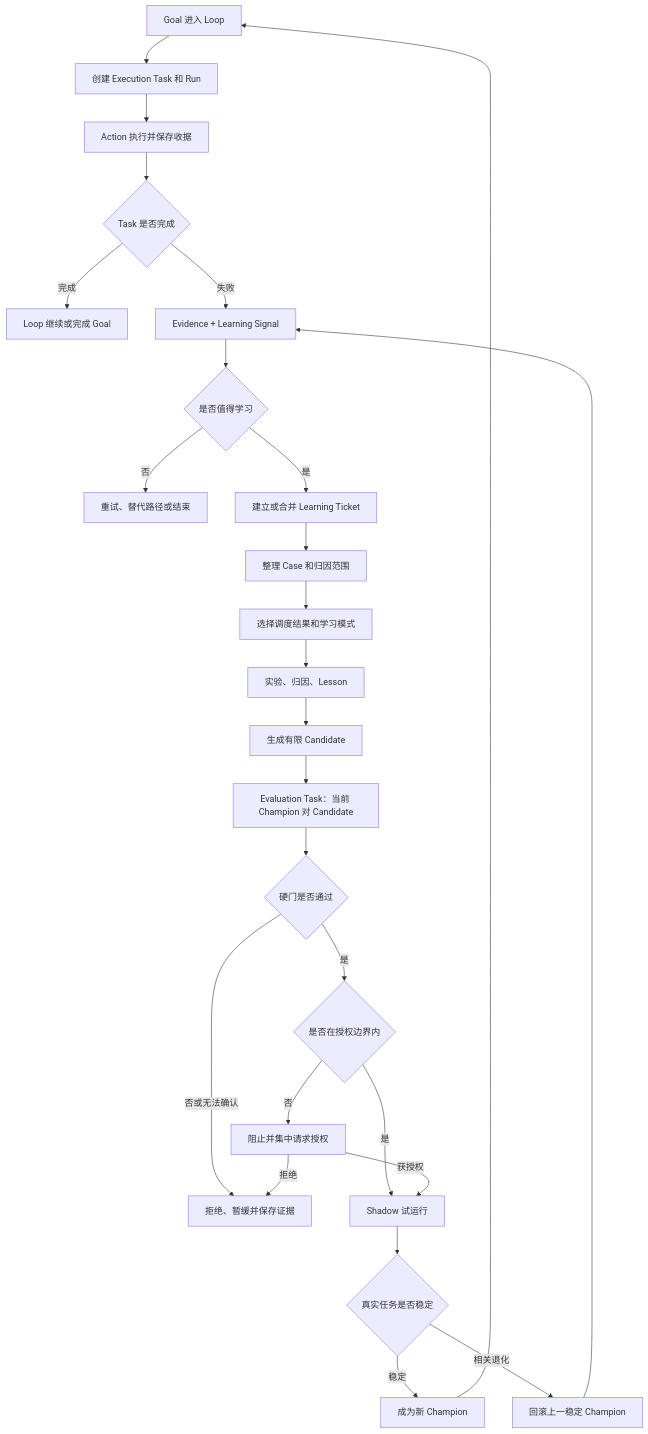
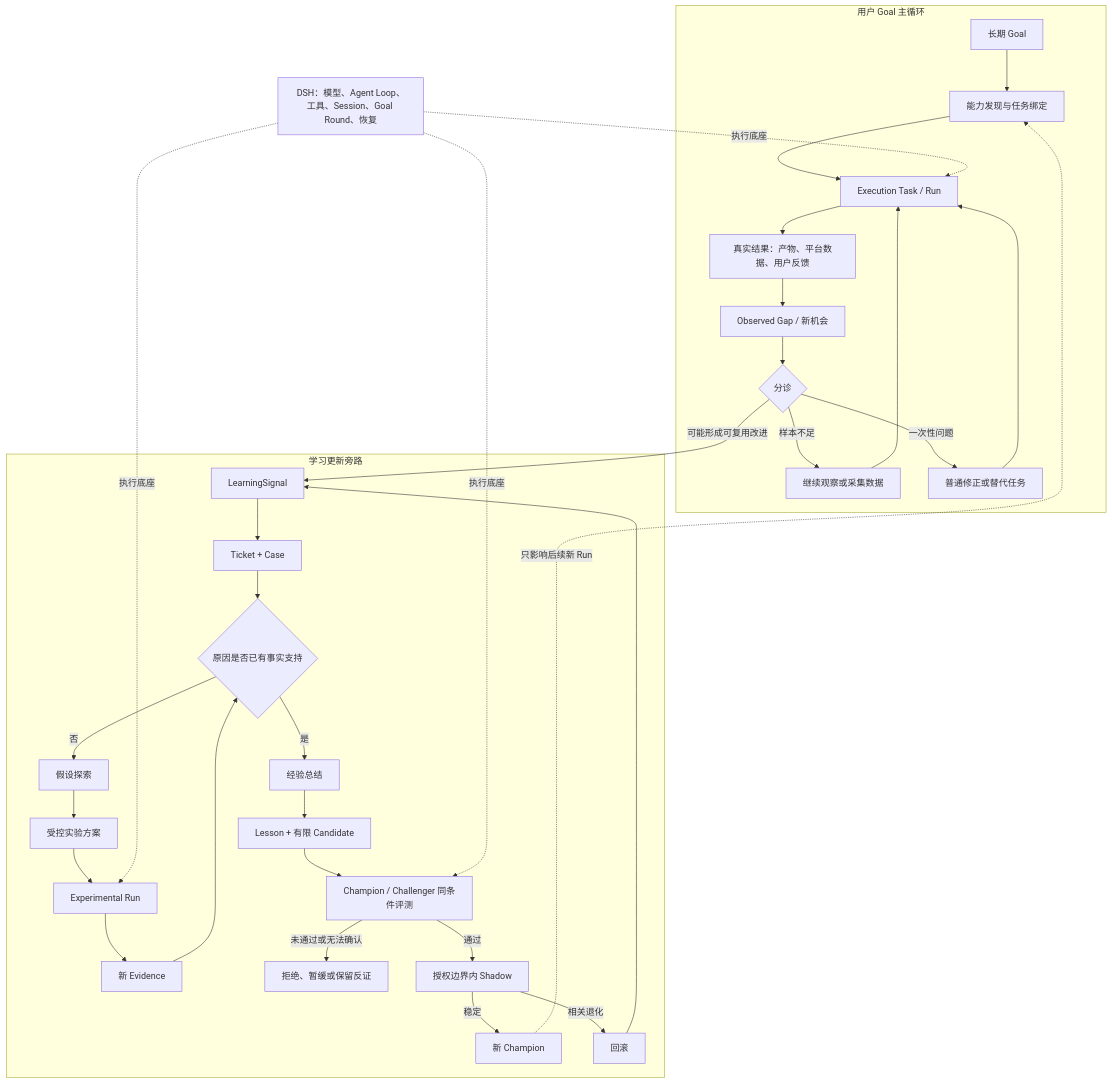
The diagram in docs/superpowers/specs/2026-08-17-tianwen-continuous-learning-governance-design.md (daydreamer0213/Tian-wen), drawn with Mermaid before and after one commit. The commit also changed other lines of this file and 1 other file, not shown here.

Commit message:
docs: refine continual learning experiment flow

````diff
--- a/docs/superpowers/specs/2026-08-17-tianwen-continuous-learning-governance-design.md
+++ b/docs/superpowers/specs/2026-08-17-tianwen-continuous-learning-governance-design.md
@@ -95,28 +114,41 @@
 ```mermaid
-flowchart TD
-    A["Goal 进入 Loop"] --> B["创建 Execution Task 和 Run"]
-    B --> C["Action 执行并保存收据"]
-    C --> D{"Task 是否完成"}
-    D -- "完成" --> E["Loop 继续或完成 Goal"]
-    D -- "失败" --> F["Evidence + Learning Signal"]
-    F --> G{"是否值得学习"}
-    G -- "否" --> H["重试、替代路径或结束"]
-    G -- "是" --> I["建立或合并 Learning Ticket"]
-    I --> I2["整理 Case 和归因范围"]
-    I2 --> J["选择调度结果和学习模式"]
-    J --> K["实验、归因、Lesson"]
-    K --> L["生成有限 Candidate"]
-    L --> M["Evaluation Task：当前 Champion 对 Candidate"]
-    M --> N{"硬门是否通过"}
-    N -- "否或无法确认" --> O["拒绝、暂缓并保存证据"]
-    N -- "是" --> P{"是否在授权边界内"}
-    P -- "否" --> Q["阻止并集中请求授权"]
-    P -- "是" --> R["Shadow 试运行"]
-    Q -- "获授权" --> R
-    Q -- "拒绝" --> O
-    R --> S{"真实任务是否稳定"}
-    S -- "稳定" --> T["成为新 Champion"]
-    S -- "相关退化" --> U["回滚上一稳定 Champion"]
-    T --> A
-    U --> F
+flowchart TB
+    subgraph U["用户 Goal 主循环"]
+        A["长期 Goal"] --> B["能力发现与任务绑定"]
+        B --> C["Execution Task / Run"]
+        C --> D["真实结果：产物、平台数据、用户反馈"]
+        D --> E["Observed Gap / 新机会"]
+        E --> F{"分诊"}
+        F -- "样本不足" --> G["继续观察或采集数据"]
+        F -- "一次性问题" --> H["普通修正或替代任务"]
+        G --> C
+        H --> C
+    end
+
+    F -- "可能形成可复用改进" --> I["LearningSignal"]
+
+    subgraph L["学习更新旁路"]
+        I --> J["Ticket + Case"]
+        J --> K{"原因是否已有事实支持"}
+        K -- "是" --> M["经验总结"]
+        K -- "否" --> N["假设探索"]
+        N --> O["受控实验方案"]
+        O --> P["Experimental Run"]
+        P --> Q["新 Evidence"]
+        Q --> K
+        M --> R["Lesson + 有限 Candidate"]
+        R --> S["Champion / Challenger 同条件评测"]
+        S -- "未通过或无法确认" --> T["拒绝、暂缓或保留反证"]
+        S -- "通过" --> V["授权边界内 Shadow"]
+        V -- "稳定" --> W["新 Champion"]
+        V -- "相关退化" --> X["回滚"]
+        X --> I
+    end
+
+    W -. "只影响后续新 Run" .-> B
+
+    Z["DSH：模型、Agent Loop、工具、Session、Goal Round、恢复"]
+    Z -. "执行底座" .-> C
+    Z -. "执行底座" .-> P
+    Z -. "执行底座" .-> S
 ```
````
